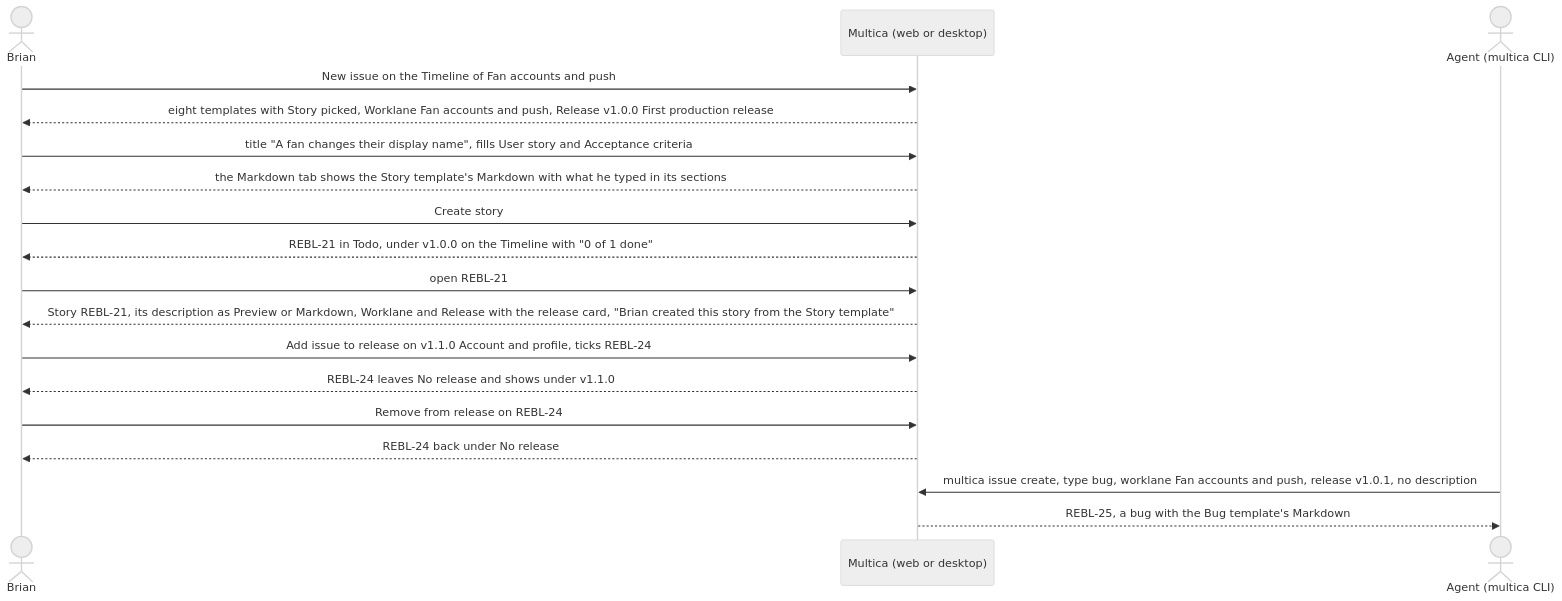
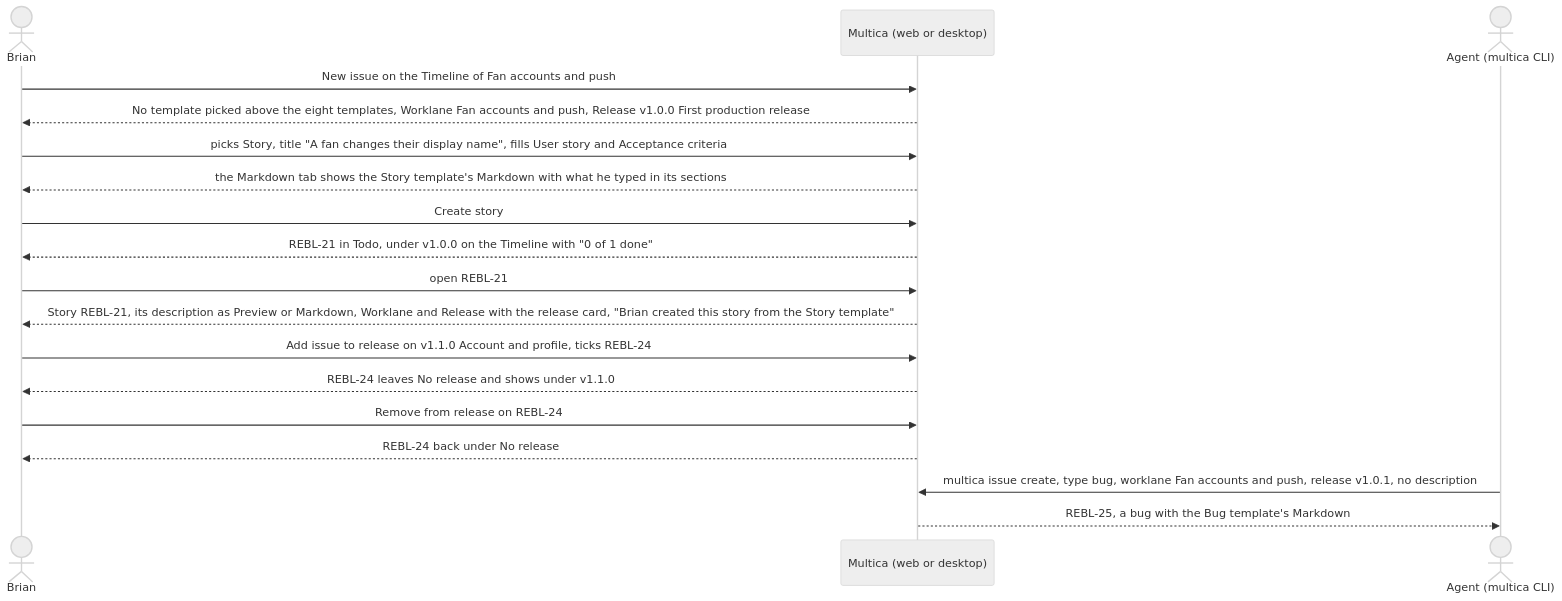
One commit to appboypov/multica changed the diagram in specs/openspec/changes/issues-from-templates/proposal.md. Above: the diagram before and after it, drawn with Mermaid (neutral theme). The commit also changed other lines of this file and 2 other files, not shown here.

First line of the commit message:
docs(specs): issues-from-templates opens New issue on No template (WORK-430)

````diff
--- a/specs/openspec/changes/issues-from-templates/proposal.md
+++ b/specs/openspec/changes/issues-from-templates/proposal.md
@@ -3,20 +3,20 @@
 ```mermaid
 sequenceDiagram
   actor B as Brian
   participant M as Multica (web or desktop)
   actor A as Agent (multica CLI)
   B->>M: New issue on the Timeline of Fan accounts and push
-  M-->>B: eight templates with Story picked, Worklane Fan accounts and push, Release v1.0.0 First production release
-  B->>M: title "A fan changes their display name", fills User story and Acceptance criteria
+  M-->>B: No template picked above the eight templates, Worklane Fan accounts and push, Release v1.0.0 First production release
+  B->>M: picks Story, title "A fan changes their display name", fills User story and Acceptance criteria
   M-->>B: the Markdown tab shows the Story template's Markdown with what he typed in its sections
   B->>M: Create story
   M-->>B: REBL-21 in Todo, under v1.0.0 on the Timeline with "0 of 1 done"
   B->>M: open REBL-21
   M-->>B: Story REBL-21, its description as Preview or Markdown, Worklane and Release with the release card, "Brian created this story from the Story template"
   B->>M: Add issue to release on v1.1.0 Account and profile, ticks REBL-24
   M-->>B: REBL-24 leaves No release and shows under v1.1.0
   B->>M: Remove from release on REBL-24
   M-->>B: REBL-24 back under No release
   A->>M: multica issue create, type bug, worklane Fan accounts and push, release v1.0.1, no description
   M-->>A: REBL-25, a bug with the Bug template's Markdown
 ```
````
